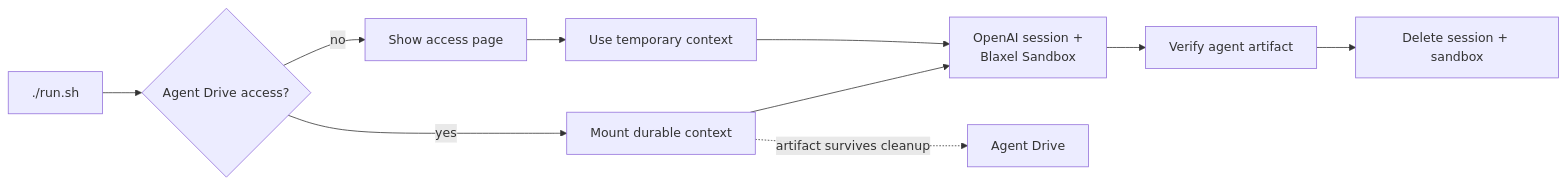
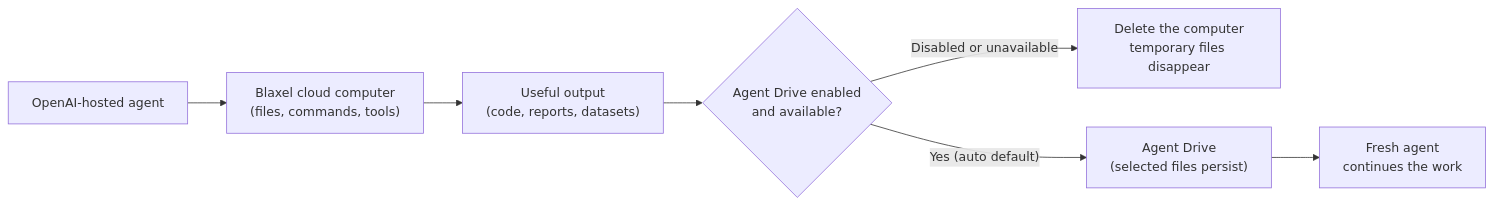
One commit to blaxel-ai/blaxel-openai-agents-api-cookbook changed the diagram in README.md. Above: the diagram before and after it, drawn with Mermaid. The commit also changed other lines of this file and 9 other files, not shown here.

First line of the commit message:
Add the fresh-session Agent Drive handoff and prepare for public release (#3)

````diff
--- a/README.md
+++ b/README.md
@@ -5,12 +7,9 @@
 ```mermaid
 flowchart LR
-    Run["./run.sh"] --> Drive{"Agent Drive access?"}
-    Drive -- "yes" --> Durable["Mount durable context"]
-    Drive -- "no" --> Link["Show access page"]
-    Link --> Temporary["Use temporary context"]
-    Durable --> Agent["OpenAI session +<br/>Blaxel Sandbox"]
-    Temporary --> Agent
-    Agent --> Result["Verify agent artifact"]
-    Result --> Cleanup["Delete session + sandbox"]
-    Durable -. "artifact survives cleanup" .-> Kept["Agent Drive"]
+    Agent["OpenAI-hosted agent"] --> Computer["Blaxel cloud computer<br/>(files, commands, tools)"]
+    Computer --> Output["Useful output<br/>(code, reports, datasets)"]
+    Output --> Choice{"Agent Drive enabled<br/>and available?"}
+    Choice -->|"Disabled or unavailable"| Done["Delete the computer<br/>temporary files disappear"]
+    Choice -->|"Yes (auto default)"| Drive["Agent Drive<br/>(selected files persist)"]
+    Drive --> Next["Fresh agent<br/>continues the work"]
 ```
````
